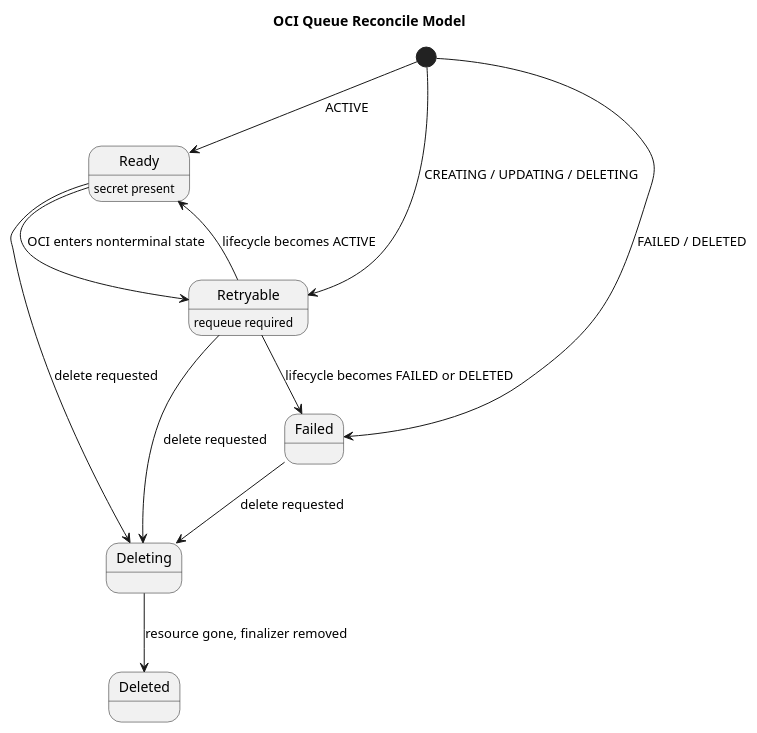
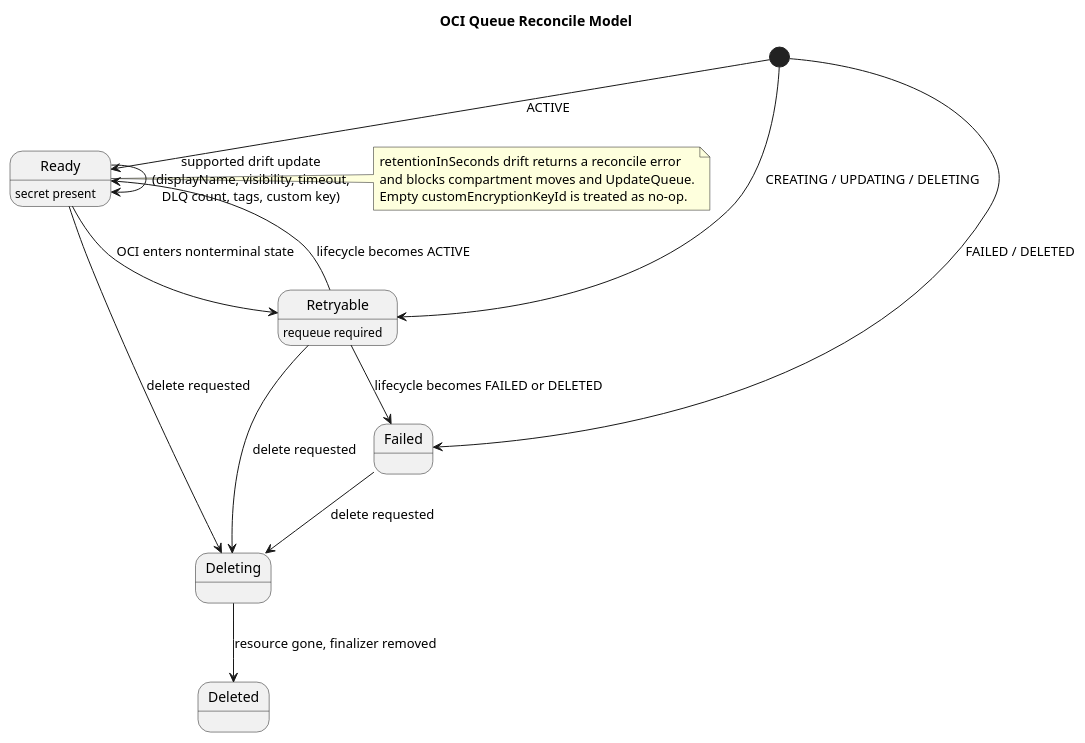
One commit to donoftime/oci-service-operator changed the diagram in formal/controllers/oci-queue/diagrams/state-machine.puml. Above: the diagram before and after it, drawn with PlantUML. The commit also changed 198 other files, not shown here.

```diff
--- a/formal/controllers/oci-queue/diagrams/state-machine.puml
+++ b/formal/controllers/oci-queue/diagrams/state-machine.puml
@@ -1,19 +1,26 @@
 @startuml
 title OCI Queue Reconcile Model
 
 [*] --> Ready : ACTIVE
 [*] --> Retryable : CREATING / UPDATING / DELETING
 [*] --> Failed : FAILED / DELETED
 
 Ready : secret present
 Retryable : requeue required
 
+Ready --> Ready : supported drift update\n(displayName, visibility, timeout,\nDLQ count, tags, custom key)
 Ready --> Retryable : OCI enters nonterminal state
 Retryable --> Ready : lifecycle becomes ACTIVE
 Retryable --> Failed : lifecycle becomes FAILED or DELETED
 Ready --> Deleting : delete requested
 Retryable --> Deleting : delete requested
 Failed --> Deleting : delete requested
 Deleting --> Deleted : resource gone, finalizer removed
 
+note right of Ready
+  retentionInSeconds drift returns a reconcile error
+  and blocks compartment moves and UpdateQueue.
+  Empty customEncryptionKeyId is treated as no-op.
+end note
+
 @enduml
```
